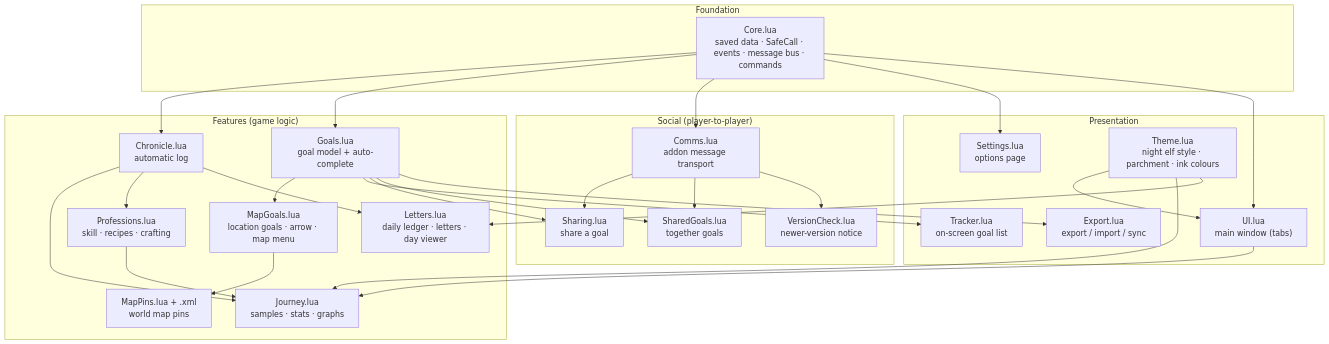
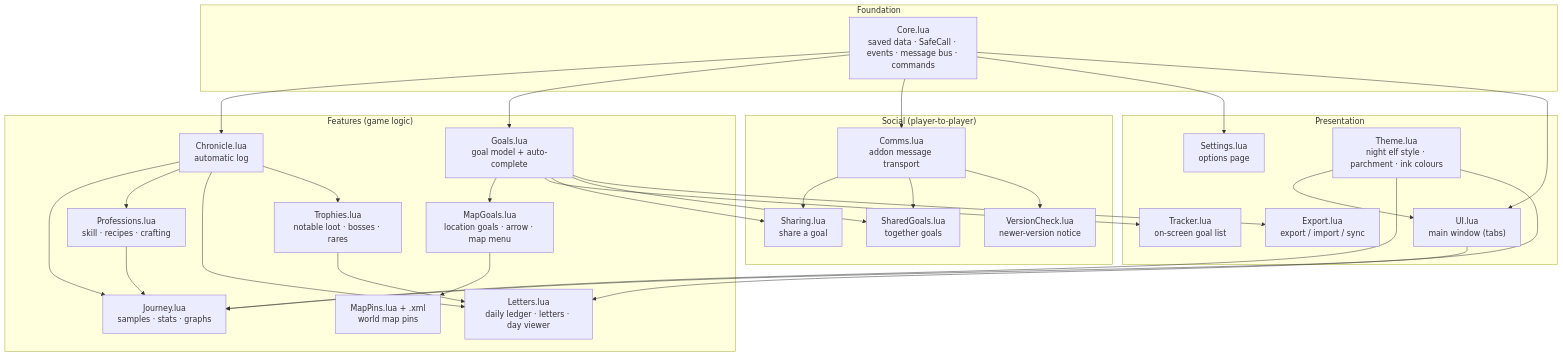
One commit to SaffronG/ForeverChronicler changed the second of 12 diagrams in docs/Topology.md. Above: the diagram before and after it, drawn with Mermaid. The commit also changed other lines of this file and 14 other files, not shown here.

First line of the commit message:
Release 0.8.0: chronicle notable loot, bosses and rare foes slain

````diff
--- a/docs/Topology.md
+++ b/docs/Topology.md
@@ -72,42 +72,45 @@
 ```mermaid
 flowchart TB
     subgraph Foundation
         Core["Core.lua<br/>saved data · SafeCall · events · message bus · commands"]
     end
     subgraph Features["Features (game logic)"]
         Chronicle["Chronicle.lua<br/>automatic log"]
         Goals["Goals.lua<br/>goal model + auto-complete"]
         MapGoals["MapGoals.lua<br/>location goals · arrow · map menu"]
         MapPins["MapPins.lua + .xml<br/>world map pins"]
         Journey["Journey.lua<br/>samples · stats · graphs"]
         Professions["Professions.lua<br/>skill · recipes · crafting"]
         Letters["Letters.lua<br/>daily ledger · letters · day viewer"]
+        Trophies["Trophies.lua<br/>notable loot · bosses · rares"]
     end
     subgraph Social["Social (player-to-player)"]
         Comms["Comms.lua<br/>addon message transport"]
         Sharing["Sharing.lua<br/>share a goal"]
         Shared["SharedGoals.lua<br/>together goals"]
         Version["VersionCheck.lua<br/>newer-version notice"]
     end
     subgraph Presentation["Presentation"]
         Tracker["Tracker.lua<br/>on-screen goal list"]
         UI["UI.lua<br/>main window (tabs)"]
         Settings["Settings.lua<br/>options page"]
         Theme["Theme.lua<br/>night elf style · parchment · ink colours"]
         Export["Export.lua<br/>export / import / sync"]
     end
 
     Core --> Chronicle & Goals & Comms & Settings & UI
     Theme --> UI & Journey
     Goals --> MapGoals --> MapPins
     Goals --> Tracker
     Comms --> Sharing & Shared & Version
     Goals --> Sharing & Shared
     Chronicle --> Journey
     UI --> Journey
     Chronicle --> Professions
     Professions --> Journey
     Chronicle --> Letters
     Theme --> Letters
+    Chronicle --> Trophies
+    Trophies --> Letters
     Goals --> Export
 ```
````
